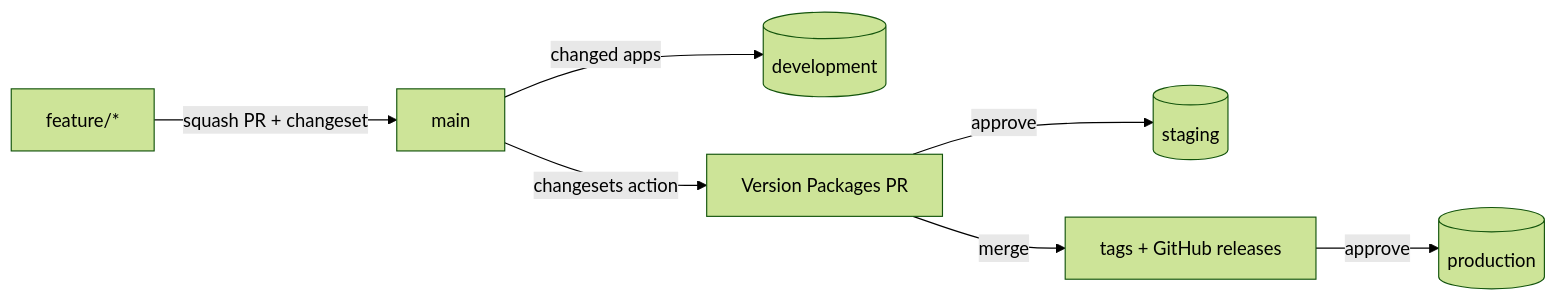
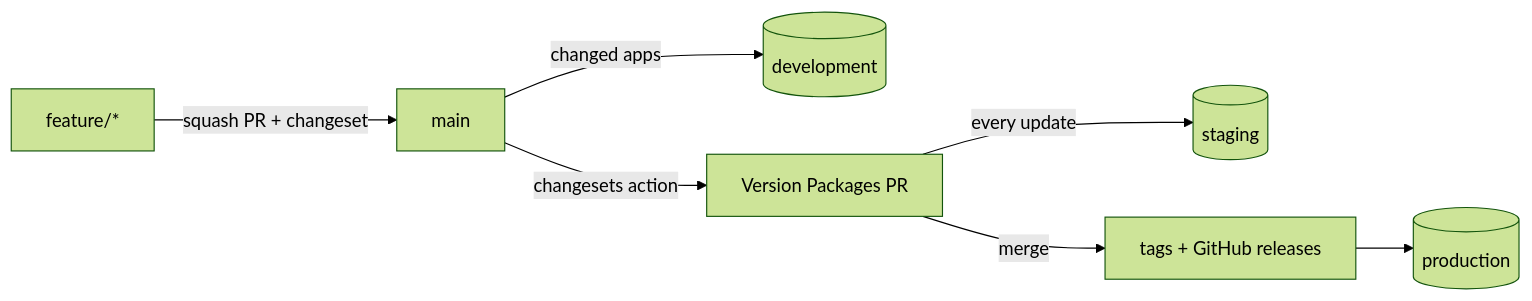
One commit to janodetzel/changesets-demo changed the diagram in README.md. Above: the diagram before and after it, drawn with Mermaid (forest theme). The commit also changed other lines of this file and 4 other files, not shown here.

````diff
--- a/README.md
+++ b/README.md
@@ -29,9 +29,9 @@
 ```mermaid
 flowchart LR
   F[feature/*] -- "squash PR + changeset" --> M[main]
   M -- "changed apps" --> DEV[(development)]
   M -- "changesets action" --> V[Version Packages PR]
-  V -- "approve" --> STG[(staging)]
+  V -- "every update" --> STG[(staging)]
   V -- "merge" --> T[tags + GitHub releases]
-  T -- "approve" --> PROD[(production)]
+  T --> PROD[(production)]
 ```
````
